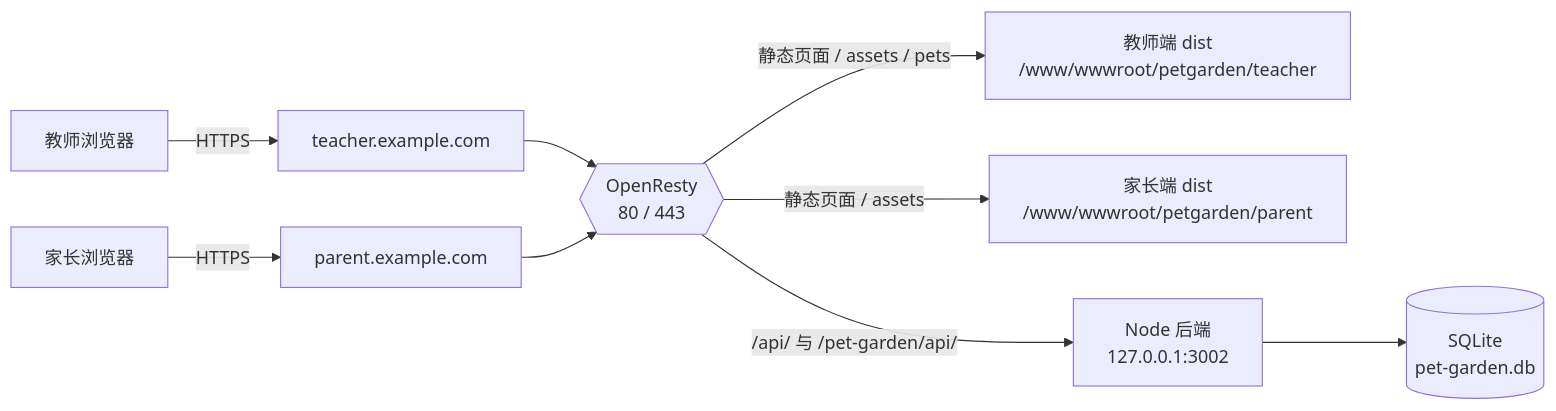
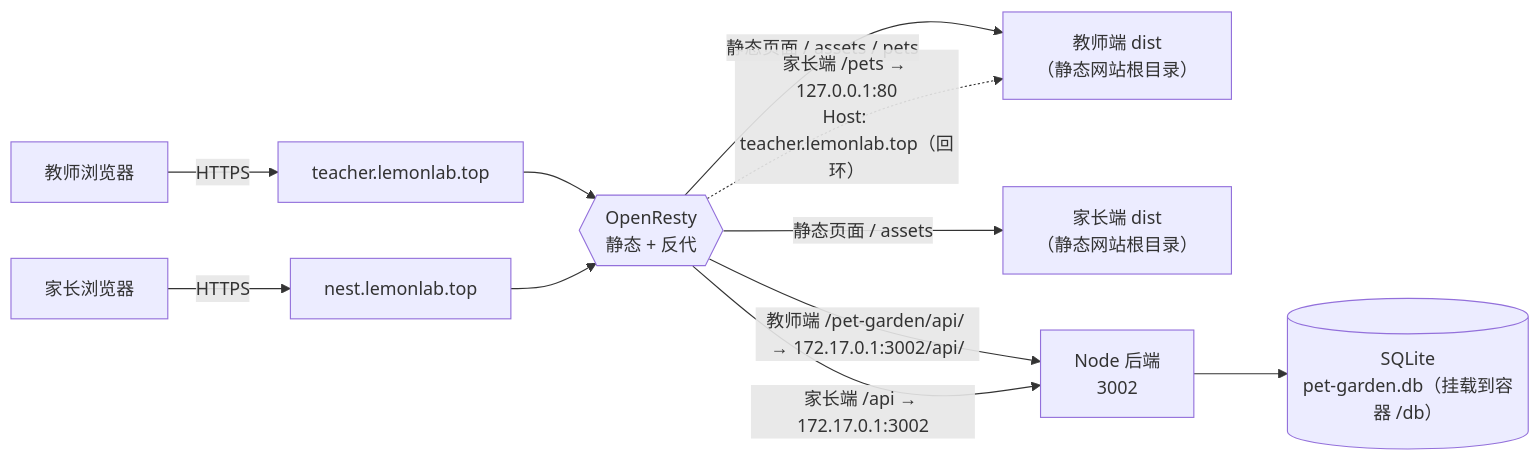
One commit to blitzpan/class-pet-garden changed the diagram in docs/DEPLOY-PRODUCTION.md. Above: the diagram before and after it, drawn with Mermaid. The commit also changed other lines of this file and 13 other files, not shown here.

````diff
--- a/docs/DEPLOY-PRODUCTION.md
+++ b/docs/DEPLOY-PRODUCTION.md
@@ -24,14 +32,17 @@
 ```mermaid
 flowchart LR
-    TB["教师浏览器"] -->|HTTPS| TS["teacher.example.com"]
-    PB["家长浏览器"] -->|HTTPS| PS["parent.example.com"]
+    TB["教师浏览器"] -->|HTTPS| TS["teacher.lemonlab.top"]
+    PB["家长浏览器"] -->|HTTPS| PS["nest.lemonlab.top"]
 
-    TS --> OR{{"OpenResty<br/>80 / 443"}}
+    TS --> OR{{"OpenResty<br/>静态 + 反代"}}
     PS --> OR
 
-    OR -->|"静态页面 / assets / pets"| TD["教师端 dist<br/>/www/wwwroot/petgarden/teacher"]
-    OR -->|"静态页面 / assets"| PD["家长端 dist<br/>/www/wwwroot/petgarden/parent"]
-    OR -->|"/api/ 与 /pet-garden/api/"| API["Node 后端<br/>127.0.0.1:3002"]
+    OR -->|"静态页面 / assets / pets"| TD["教师端 dist<br/>（静态网站根目录）"]
+    OR -->|"静态页面 / assets"| PD["家长端 dist<br/>（静态网站根目录）"]
 
-    API --> DB[("SQLite<br/>pet-garden.db")]
+    OR -->|"教师端 /pet-garden/api/ → 172.17.0.1:3002/api/"| API["Node 后端<br/>3002"]
+    OR -->|"家长端 /api → 172.17.0.1:3002"| API
+    OR -.->|"家长端 /pets → 127.0.0.1:80<br/>Host: teacher.lemonlab.top（回环）"| TD
+
+    API --> DB[("SQLite<br/>pet-garden.db（挂载到容器 /db）")]
 ```
````
